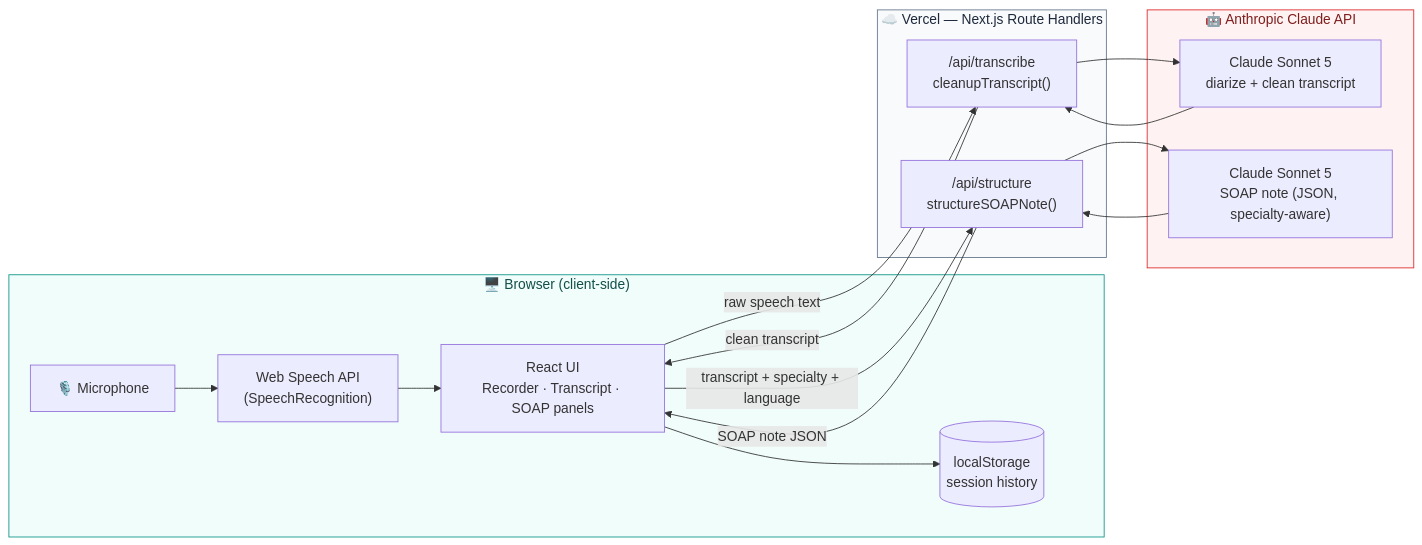
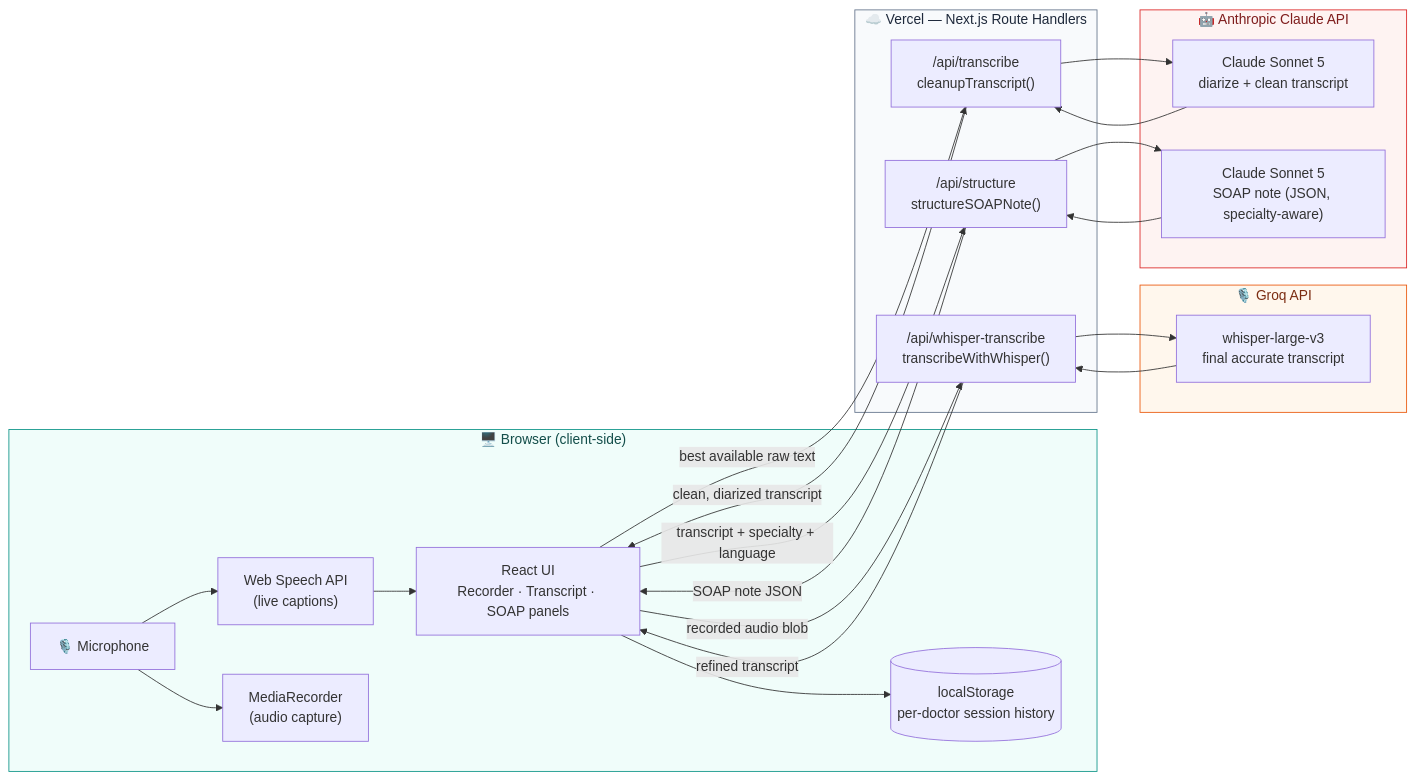
The first of 4 diagrams in README.md (subhchandan-003/Polyscribe), drawn with Mermaid before and after one commit. The commit also changed other lines of this file, not shown here.

````diff
--- a/README.md
+++ b/README.md
@@ -31,32 +33,43 @@
 ```mermaid
 flowchart LR
     subgraph Browser["🖥️ Browser (client-side)"]
         MIC["🎙️ Microphone"]
-        SR["Web Speech API\n(SpeechRecognition)"]
+        SR["Web Speech API\n(live captions)"]
+        REC["MediaRecorder\n(audio capture)"]
         UI["React UI\nRecorder · Transcript · SOAP panels"]
-        LS[("localStorage\nsession history")]
+        LS[("localStorage\nper-doctor session history")]
     end
 
     subgraph Vercel["☁️ Vercel — Next.js Route Handlers"]
+        W["/api/whisper-transcribe\ntranscribeWithWhisper()"]
         T["/api/transcribe\ncleanupTranscript()"]
         S["/api/structure\nstructureSOAPNote()"]
+    end
+
+    subgraph Groq["🎙️ Groq API"]
+        G1["whisper-large-v3\nfinal accurate transcript"]
     end
 
     subgraph Anthropic["🤖 Anthropic Claude API"]
         C1["Claude Sonnet 5\ndiarize + clean transcript"]
         C2["Claude Sonnet 5\nSOAP note (JSON, specialty-aware)"]
     end
 
     MIC --> SR --> UI
-    UI -- "raw speech text" --> T
+    MIC --> REC
+    UI -- "recorded audio blob" --> W
+    W --> G1 --> W
+    W -- "refined transcript" --> UI
+    UI -- "best available raw text" --> T
     T --> C1 --> T
-    T -- "clean transcript" --> UI
+    T -- "clean, diarized transcript" --> UI
     UI -- "transcript + specialty + language" --> S
     S --> C2 --> S
     S -- "SOAP note JSON" --> UI
     UI --> LS
 
     style Browser fill:#f0fdfa,stroke:#0d9488,color:#134e4a
     style Vercel fill:#f8fafc,stroke:#64748b,color:#1e293b
+    style Groq fill:#fff7ed,stroke:#ea580c,color:#7c2d12
     style Anthropic fill:#fef3f2,stroke:#dc2626,color:#7f1d1d
 ```
````
